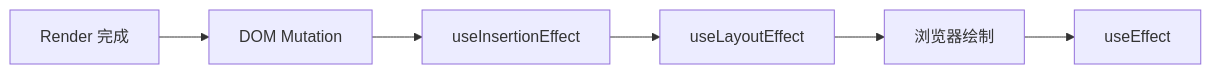
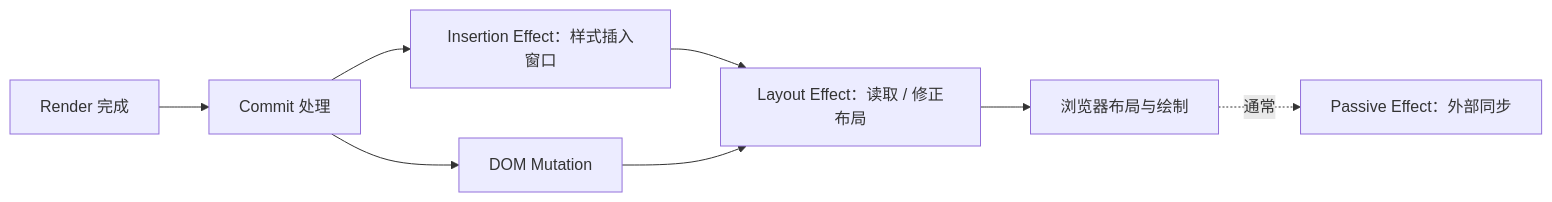
One commit to 2530622506/interView-writing- changed the second of 3 diagrams in docs/react-interview/react-hooks-deep-dive.md. Above: the diagram before and after it, drawn with Mermaid. The commit also changed other lines of this file and 8 other files, not shown here.

````diff
--- a/docs/react-interview/react-hooks-deep-dive.md
+++ b/docs/react-interview/react-hooks-deep-dive.md
@@ -371,8 +697,10 @@
 ```mermaid
 flowchart LR
-  R[Render 完成] --> M[DOM Mutation]
-  M --> I[useInsertionEffect]
-  I --> L[useLayoutEffect]
-  L --> P[浏览器绘制]
-  P --> E[useEffect]
+  R[Render 完成] --> C[Commit 处理]
+  C --> I[Insertion Effect：样式插入窗口]
+  C --> M[DOM Mutation]
+  I --> L[Layout Effect 前样式已可用]
+  M --> L[Layout Effect：读取 / 修正布局]
+  L --> P[浏览器布局与绘制]
+  P -.通常.-> E[Passive Effect：外部同步]
 ```
````
